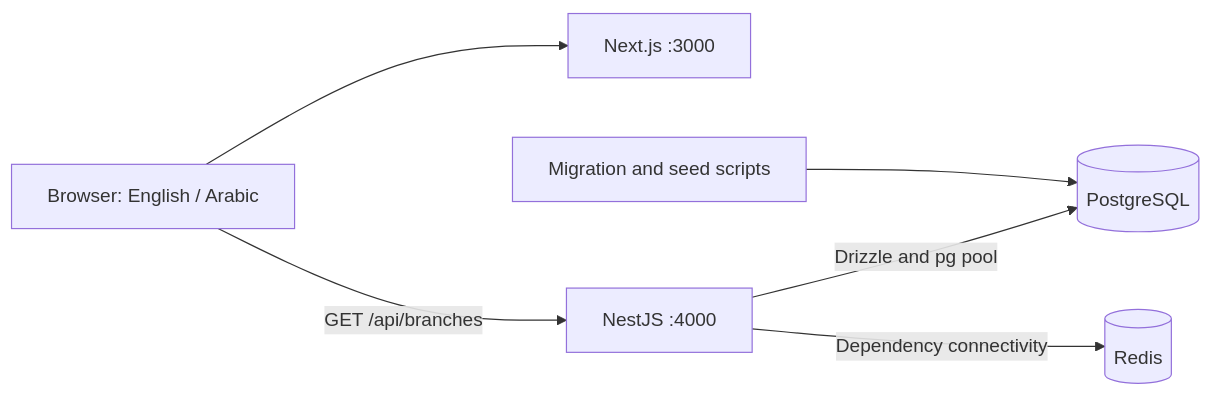
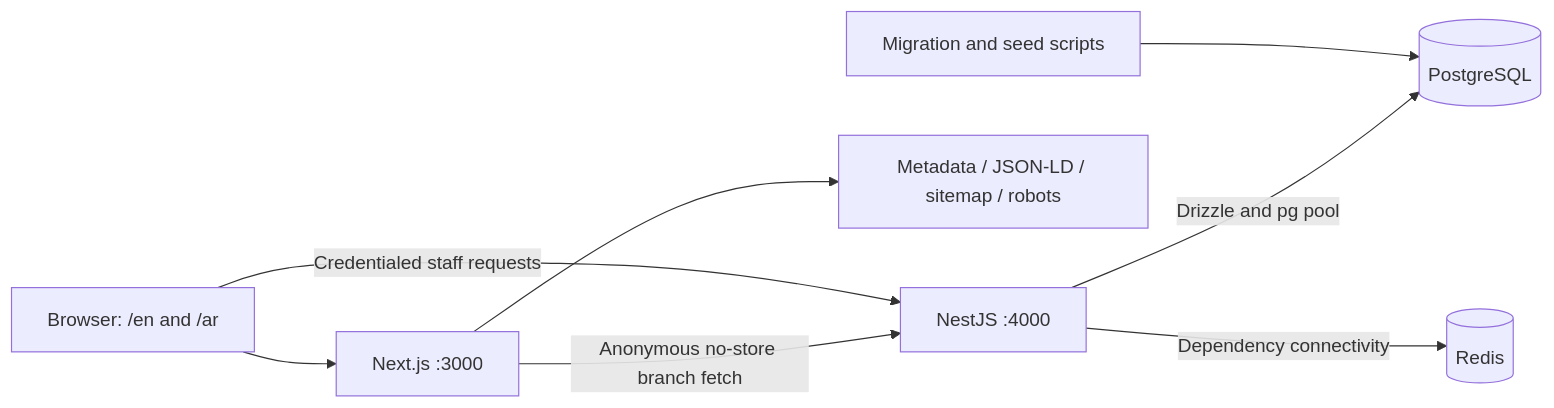
One commit to Javedshah11/gulf-pharmacy-platform changed the diagram in docs/ARCHITECTURE.md. Above: the diagram before and after it, drawn with Mermaid. The commit also changed other lines of this file and 161 other files, not shown here.

````diff
--- a/docs/ARCHITECTURE.md
+++ b/docs/ARCHITECTURE.md
@@ -3,8 +3,10 @@
 ```mermaid
 flowchart LR
-  Browser[Browser: English / Arabic] --> Web[Next.js :3000]
-  Browser -->|GET /api/branches| API[NestJS :4000]
+  Browser[Browser: /en and /ar] --> Web[Next.js :3000]
+  Web -->|Anonymous no-store branch fetch| API[NestJS :4000]
+  Browser -->|Credentialed staff requests| API
+  Web --> SEO[Metadata / JSON-LD / sitemap / robots]
   API -->|Drizzle and pg pool| PG[(PostgreSQL)]
   API -->|Dependency connectivity| Redis[(Redis)]
   Migration[Migration and seed scripts] --> PG
 ```
````
